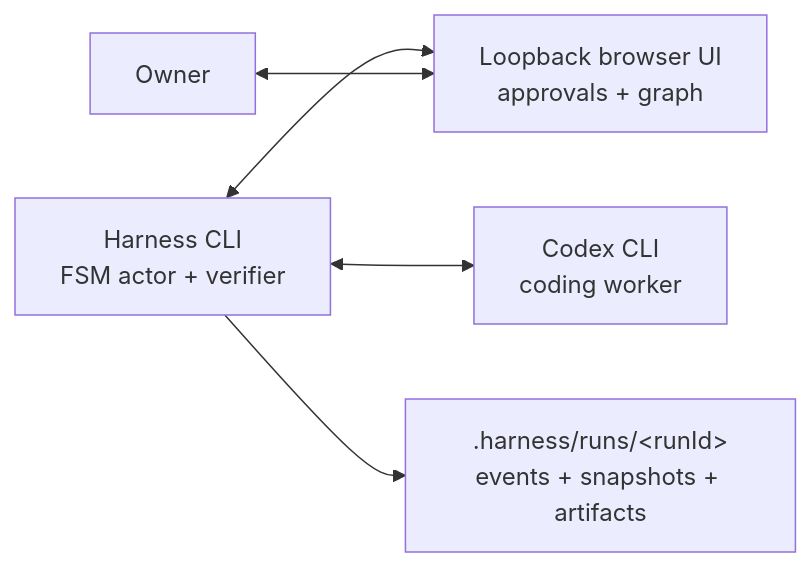
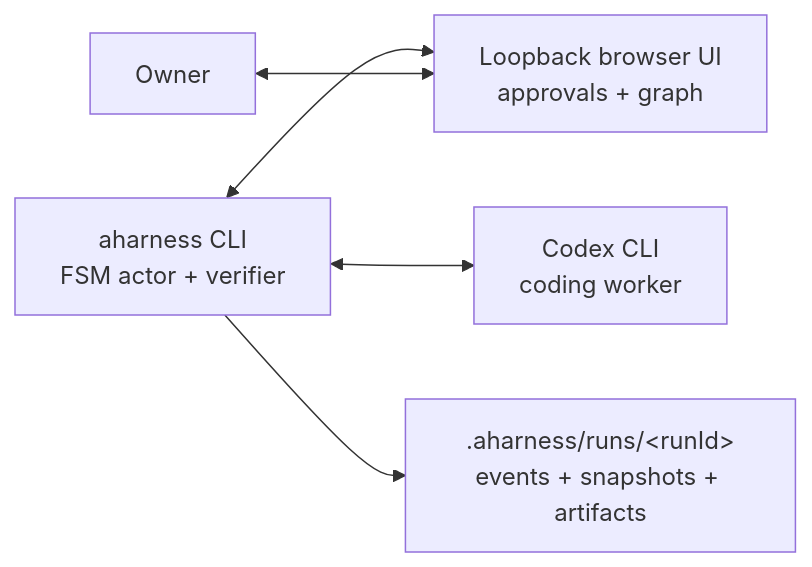
One commit to Alfredvc/aharness changed the diagram in README.md. Above: the diagram before and after it, drawn with Mermaid. The commit also changed other lines of this file and 279 other files, not shown here.

Commit message:
Rename remaining harness references to aharness

````diff
--- a/README.md
+++ b/README.md
@@ -179,13 +179,13 @@
 ```mermaid
 flowchart LR
     Owner["Owner"]
     Codex["Codex CLI<br/>coding worker"]
-    Harness["Harness CLI<br/>FSM actor + verifier"]
+    aharness["aharness CLI<br/>FSM actor + verifier"]
     Browser["Loopback browser UI<br/>approvals + graph"]
-    Runs[".harness/runs/&lt;runId&gt;<br/>events + snapshots + artifacts"]
+    Runs[".aharness/runs/&lt;runId&gt;<br/>events + snapshots + artifacts"]
 
-    Harness <--> Codex
-    Harness <--> Browser
+    aharness <--> Codex
+    aharness <--> Browser
     Owner <--> Browser
-    Harness --> Runs
+    aharness --> Runs
 ```
````
